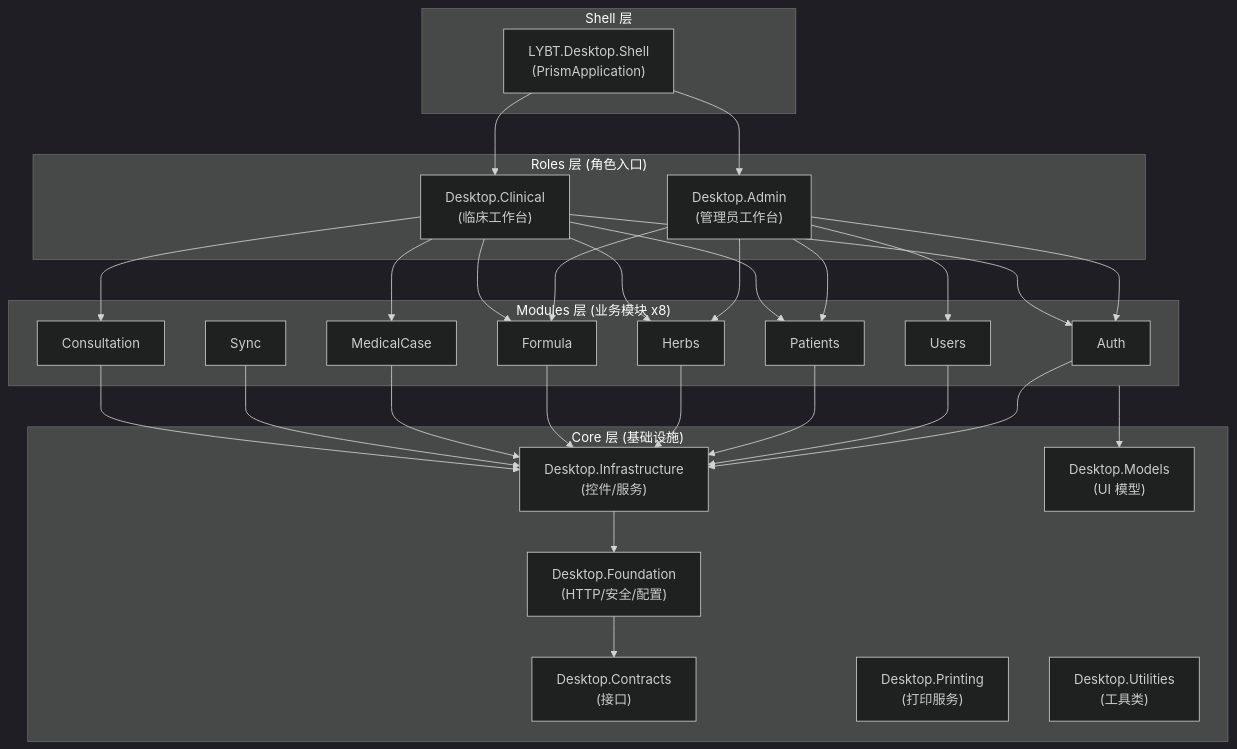
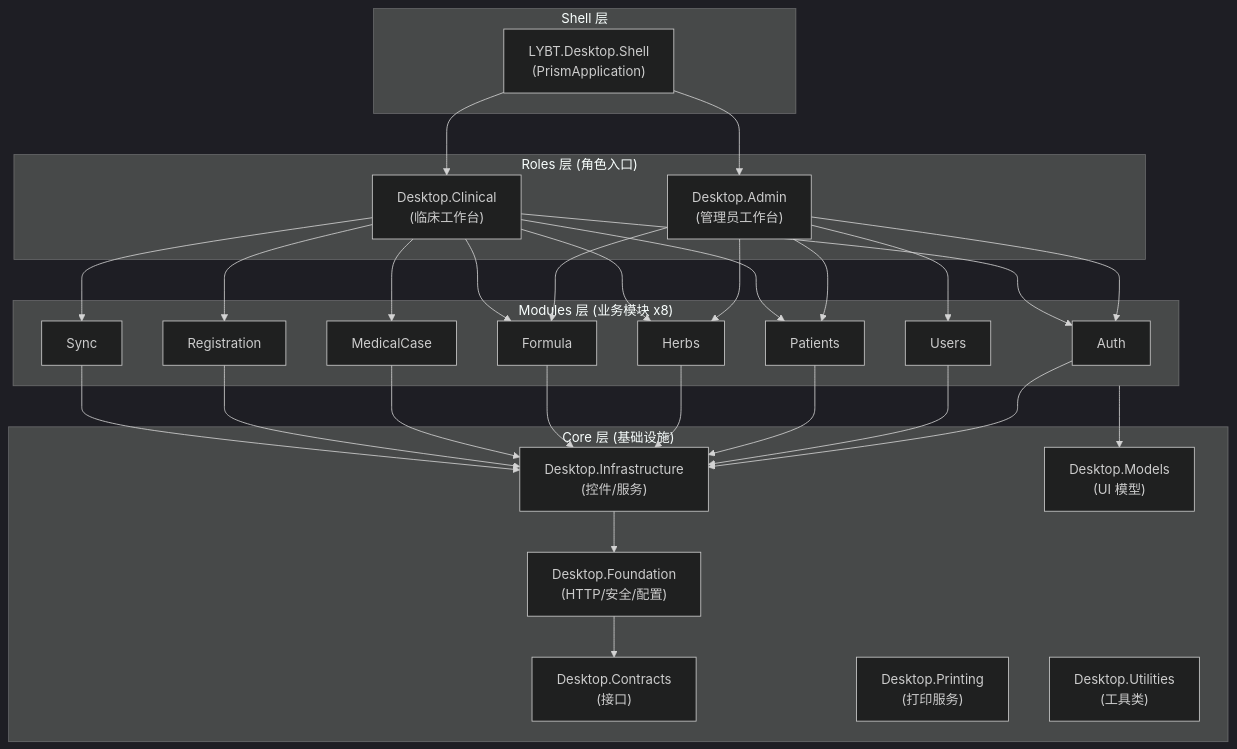
The diagram in docs/03-architecture/desktop.md (shouqitao/LYBTZYZS), drawn with Mermaid (dark theme) before and after one commit. The commit also changed other lines of this file and 52 other files, not shown here.

````diff
--- a/docs/03-architecture/desktop.md
+++ b/docs/03-architecture/desktop.md
@@ -9,38 +9,38 @@
 ```mermaid
 graph TB
     subgraph Shell["Shell 层"]
         App["LYBT.Desktop.Shell<br>(PrismApplication)"]
     end
 
     subgraph Roles["Roles 层 (角色入口)"]
         Admin["Desktop.Admin<br>(管理员工作台)"]
         Clinical["Desktop.Clinical<br>(临床工作台)"]
     end
 
     subgraph Modules["Modules 层 (业务模块 x8)"]
         M_Auth["Auth"]
         M_Users["Users"]
         M_Patients["Patients"]
         M_Herbs["Herbs"]
         M_Formula["Formula"]
         M_MC["MedicalCase"]
+        M_Reg["Registration"]
         M_Sync["Sync"]
-        M_Consultation["Consultation"]
     end
 
     subgraph Core["Core 层 (基础设施)"]
         Contracts["Desktop.Contracts<br>(接口)"]
         Foundation["Desktop.Foundation<br>(HTTP/安全/配置)"]
         Infrastructure["Desktop.Infrastructure<br>(控件/服务)"]
         Models["Desktop.Models<br>(UI 模型)"]
         Printing["Desktop.Printing<br>(打印服务)"]
         Utilities["Desktop.Utilities<br>(工具类)"]
     end
 
     App --> Admin & Clinical
     Admin --> M_Auth & M_Users & M_Patients & M_Herbs & M_Formula
-    Clinical --> M_Auth & M_Patients & M_MC & M_Consultation & M_Herbs & M_Formula
-    M_Auth & M_Users & M_Patients & M_Herbs & M_Formula & M_MC & M_Sync & M_Consultation --> Infrastructure
+    Clinical --> M_Auth & M_Patients & M_MC & M_Reg & M_Herbs & M_Formula & M_Sync
+    M_Auth & M_Users & M_Patients & M_Herbs & M_Formula & M_MC & M_Reg & M_Sync --> Infrastructure
     Infrastructure --> Foundation --> Contracts
     Modules --> Models
 ```
````
